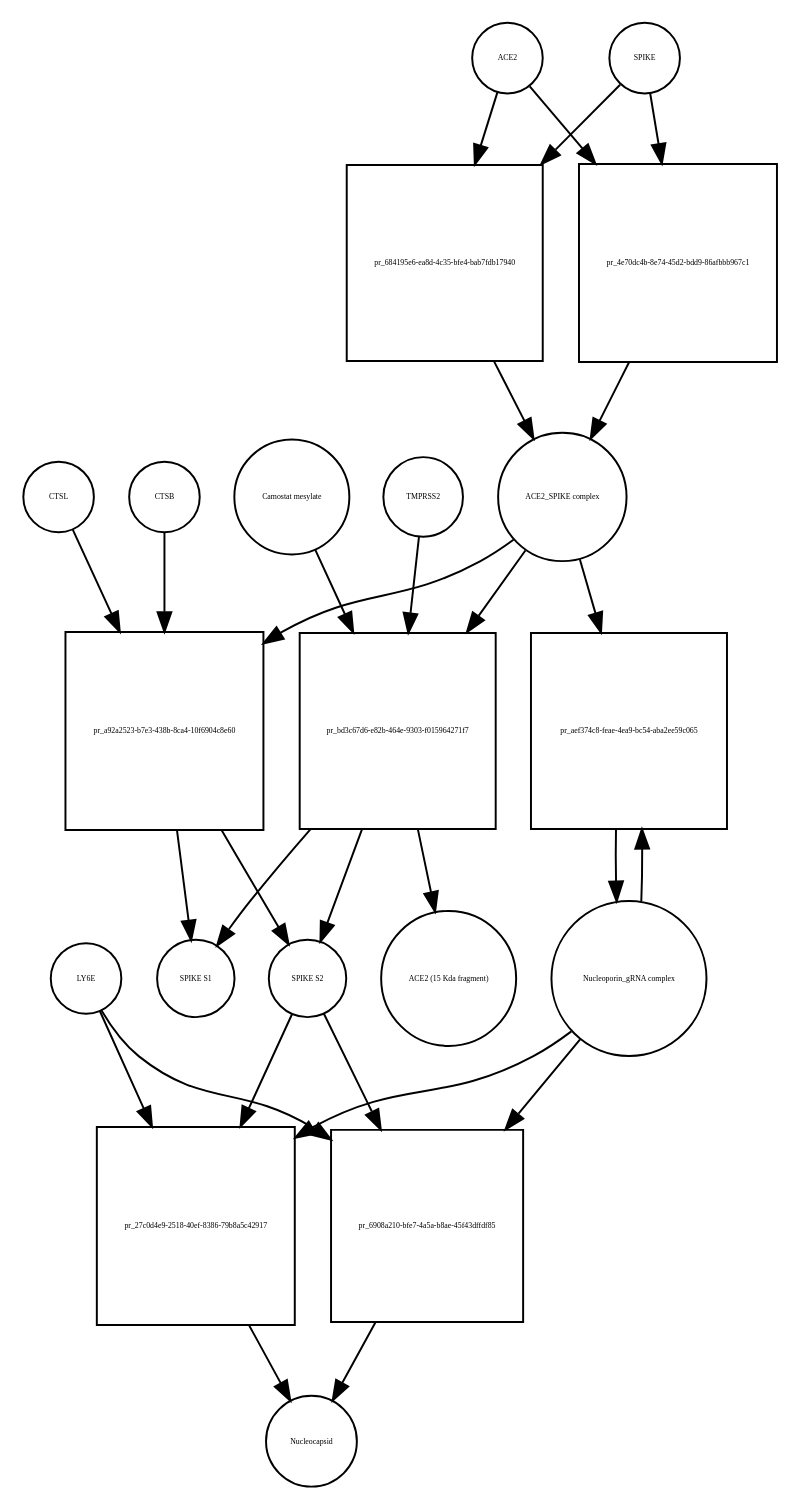
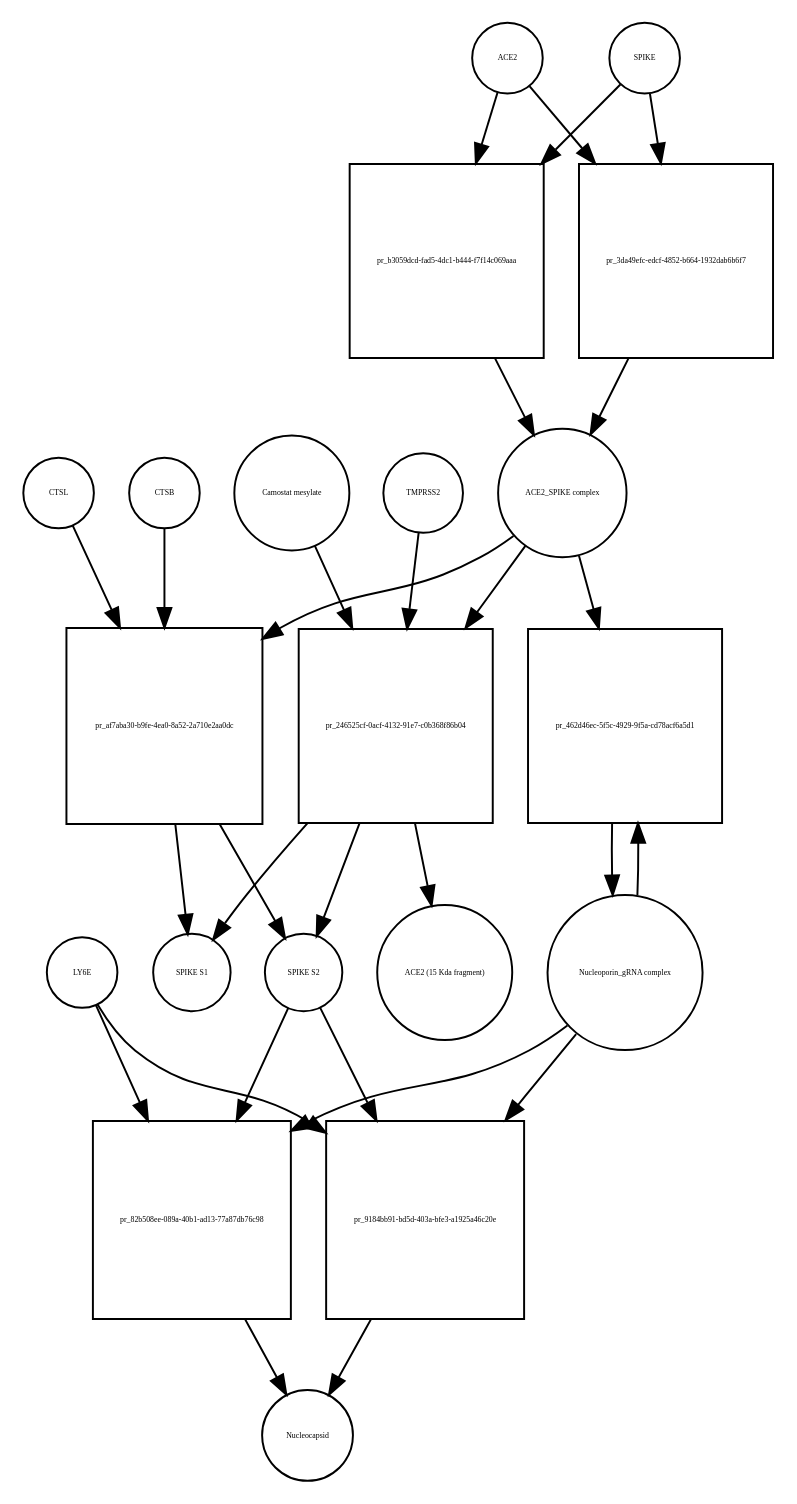
The diagram in Virus_replication_cycle_V01.xml_bipartite.dot (cannin/covid19-sbgn), drawn with Graphviz before and after one commit. The commit also changed 563 other files, not shown here.

```diff
--- a/Virus_replication_cycle_V01.xml_bipartite.dot
+++ b/Virus_replication_cycle_V01.xml_bipartite.dot
@@ -1,50 +1,50 @@
 strict digraph  {
 ACE2 [annotation="", bipartite=0, cls=macromolecule, fontsize=4, label=ACE2, shape=circle];
-"pr_684195e6-ea8d-4c35-bfe4-bab7fdb17940" [annotation="", bipartite=1, cls=process, fontsize=4, label="pr_684195e6-ea8d-4c35-bfe4-bab7fdb17940", shape=square];
+"pr_b3059dcd-fad5-4dc1-b444-f7f14c069aaa" [annotation="", bipartite=1, cls=process, fontsize=4, label="pr_b3059dcd-fad5-4dc1-b444-f7f14c069aaa", shape=square];
 "ACE2_SPIKE complex" [annotation="", bipartite=0, cls=complex, fontsize=4, label="ACE2_SPIKE complex", shape=circle];
 SPIKE [annotation="", bipartite=0, cls="macromolecule multimer", fontsize=4, label=SPIKE, shape=circle];
 "Nucleoporin_gRNA complex " [annotation="", bipartite=0, cls=complex, fontsize=4, label="Nucleoporin_gRNA complex ", shape=circle];
-"pr_aef374c8-feae-4ea9-bc54-aba2ee59c065" [annotation="", bipartite=1, cls=process, fontsize=4, label="pr_aef374c8-feae-4ea9-bc54-aba2ee59c065", shape=square];
-"pr_a92a2523-b7e3-438b-8ca4-10f6904c8e60" [annotation="", bipartite=1, cls=process, fontsize=4, label="pr_a92a2523-b7e3-438b-8ca4-10f6904c8e60", shape=square];
+"pr_462d46ec-5f5c-4929-9f5a-cd78acf6a5d1" [annotation="", bipartite=1, cls=process, fontsize=4, label="pr_462d46ec-5f5c-4929-9f5a-cd78acf6a5d1", shape=square];
+"pr_af7aba30-b9fe-4ea0-8a52-2a710e2aa0dc" [annotation="", bipartite=1, cls=process, fontsize=4, label="pr_af7aba30-b9fe-4ea0-8a52-2a710e2aa0dc", shape=square];
 "SPIKE S2" [annotation="", bipartite=0, cls=macromolecule, fontsize=4, label="SPIKE S2", shape=circle];
 CTSB [annotation="", bipartite=0, cls=macromolecule, fontsize=4, label=CTSB, shape=circle];
 CTSL [annotation="", bipartite=0, cls=macromolecule, fontsize=4, label=CTSL, shape=circle];
 "SPIKE S1" [annotation="", bipartite=0, cls=macromolecule, fontsize=4, label="SPIKE S1", shape=circle];
-"pr_27c0d4e9-2518-40ef-8386-79b8a5c42917" [annotation="", bipartite=1, cls=process, fontsize=4, label="pr_27c0d4e9-2518-40ef-8386-79b8a5c42917", shape=square];
+"pr_82b508ee-089a-40b1-ad13-77a87db76c98" [annotation="", bipartite=1, cls=process, fontsize=4, label="pr_82b508ee-089a-40b1-ad13-77a87db76c98", shape=square];
 Nucleocapsid [annotation="", bipartite=0, cls=complex, fontsize=4, label=Nucleocapsid, shape=circle];
 LY6E [annotation="", bipartite=0, cls=macromolecule, fontsize=4, label=LY6E, shape=circle];
-"pr_bd3c67d6-e82b-464e-9303-f015964271f7" [annotation="", bipartite=1, cls=process, fontsize=4, label="pr_bd3c67d6-e82b-464e-9303-f015964271f7", shape=square];
+"pr_246525cf-0acf-4132-91e7-c0b368f86b04" [annotation="", bipartite=1, cls=process, fontsize=4, label="pr_246525cf-0acf-4132-91e7-c0b368f86b04", shape=square];
 TMPRSS2 [annotation="", bipartite=0, cls=macromolecule, fontsize=4, label=TMPRSS2, shape=circle];
 "Camostat mesylate" [annotation="urn_miriam_pubchem.compound_2536", bipartite=0, cls="simple chemical", fontsize=4, label="Camostat mesylate", shape=circle];
 "ACE2 (15 Kda fragment)" [annotation="", bipartite=0, cls=macromolecule, fontsize=4, label="ACE2 (15 Kda fragment)", shape=circle];
-"pr_4e70dc4b-8e74-45d2-bdd9-86afbbb967c1" [annotation="", bipartite=1, cls=process, fontsize=4, label="pr_4e70dc4b-8e74-45d2-bdd9-86afbbb967c1", shape=square];
-"pr_6908a210-bfe7-4a5a-b8ae-45f43dffdf85" [annotation="", bipartite=1, cls=process, fontsize=4, label="pr_6908a210-bfe7-4a5a-b8ae-45f43dffdf85", shape=square];
-ACE2 -> "pr_684195e6-ea8d-4c35-bfe4-bab7fdb17940"  [annotation="", interaction_type=consumption];
-ACE2 -> "pr_4e70dc4b-8e74-45d2-bdd9-86afbbb967c1"  [annotation="", interaction_type=consumption];
-"pr_684195e6-ea8d-4c35-bfe4-bab7fdb17940" -> "ACE2_SPIKE complex"  [annotation="", interaction_type=production];
-"ACE2_SPIKE complex" -> "pr_aef374c8-feae-4ea9-bc54-aba2ee59c065"  [annotation="urn_miriam_pubmed_32142651|urn_miriam_pubmed_32094589", interaction_type=stimulation];
-"ACE2_SPIKE complex" -> "pr_a92a2523-b7e3-438b-8ca4-10f6904c8e60"  [annotation="", interaction_type=consumption];
-"ACE2_SPIKE complex" -> "pr_bd3c67d6-e82b-464e-9303-f015964271f7"  [annotation="", interaction_type=consumption];
-SPIKE -> "pr_684195e6-ea8d-4c35-bfe4-bab7fdb17940"  [annotation="", interaction_type=consumption];
-SPIKE -> "pr_4e70dc4b-8e74-45d2-bdd9-86afbbb967c1"  [annotation="", interaction_type=consumption];
-"Nucleoporin_gRNA complex " -> "pr_aef374c8-feae-4ea9-bc54-aba2ee59c065"  [annotation="", interaction_type=consumption];
-"Nucleoporin_gRNA complex " -> "pr_27c0d4e9-2518-40ef-8386-79b8a5c42917"  [annotation="", interaction_type=consumption];
-"Nucleoporin_gRNA complex " -> "pr_6908a210-bfe7-4a5a-b8ae-45f43dffdf85"  [annotation="", interaction_type=consumption];
-"pr_aef374c8-feae-4ea9-bc54-aba2ee59c065" -> "Nucleoporin_gRNA complex "  [annotation="", interaction_type=production];
-"pr_a92a2523-b7e3-438b-8ca4-10f6904c8e60" -> "SPIKE S2"  [annotation="", interaction_type=production];
-"pr_a92a2523-b7e3-438b-8ca4-10f6904c8e60" -> "SPIKE S1"  [annotation="", interaction_type=production];
-"SPIKE S2" -> "pr_27c0d4e9-2518-40ef-8386-79b8a5c42917"  [annotation="urn_miriam_doi_10.1101%2F2020.03.05.979260|urn_miriam_pubmed_32142651|urn_miriam_pubmed_32094589", interaction_type=stimulation];
-"SPIKE S2" -> "pr_6908a210-bfe7-4a5a-b8ae-45f43dffdf85"  [annotation="urn_miriam_doi_10.1101%2F2020.03.05.979260", interaction_type=stimulation];
-CTSB -> "pr_a92a2523-b7e3-438b-8ca4-10f6904c8e60"  [annotation=urn_miriam_pubmed_32142651, interaction_type=catalysis];
-CTSL -> "pr_a92a2523-b7e3-438b-8ca4-10f6904c8e60"  [annotation=urn_miriam_pubmed_32142651, interaction_type=catalysis];
-"pr_27c0d4e9-2518-40ef-8386-79b8a5c42917" -> Nucleocapsid  [annotation="", interaction_type=production];
-LY6E -> "pr_27c0d4e9-2518-40ef-8386-79b8a5c42917"  [annotation="urn_miriam_doi_10.1101%2F2020.03.05.979260|urn_miriam_pubmed_32142651|urn_miriam_pubmed_32094589", interaction_type=inhibition];
-LY6E -> "pr_6908a210-bfe7-4a5a-b8ae-45f43dffdf85"  [annotation="urn_miriam_doi_10.1101%2F2020.03.05.979260", interaction_type=inhibition];
-"pr_bd3c67d6-e82b-464e-9303-f015964271f7" -> "SPIKE S2"  [annotation="", interaction_type=production];
-"pr_bd3c67d6-e82b-464e-9303-f015964271f7" -> "SPIKE S1"  [annotation="", interaction_type=production];
-"pr_bd3c67d6-e82b-464e-9303-f015964271f7" -> "ACE2 (15 Kda fragment)"  [annotation="", interaction_type=production];
-TMPRSS2 -> "pr_bd3c67d6-e82b-464e-9303-f015964271f7"  [annotation="urn_miriam_pubmed_32142651|urn_miriam_pubmed_32094589|urn_miriam_pubmed_24227843", interaction_type=catalysis];
-"Camostat mesylate" -> "pr_bd3c67d6-e82b-464e-9303-f015964271f7"  [annotation="urn_miriam_pubmed_32142651|urn_miriam_pubmed_32094589|urn_miriam_pubmed_24227843", interaction_type=inhibition];
-"pr_4e70dc4b-8e74-45d2-bdd9-86afbbb967c1" -> "ACE2_SPIKE complex"  [annotation="", interaction_type=production];
-"pr_6908a210-bfe7-4a5a-b8ae-45f43dffdf85" -> Nucleocapsid  [annotation="", interaction_type=production];
+"pr_3da49efc-edcf-4852-b664-1932dab6b6f7" [annotation="", bipartite=1, cls=process, fontsize=4, label="pr_3da49efc-edcf-4852-b664-1932dab6b6f7", shape=square];
+"pr_9184bb91-bd5d-403a-bfe3-a1925a46c20e" [annotation="", bipartite=1, cls=process, fontsize=4, label="pr_9184bb91-bd5d-403a-bfe3-a1925a46c20e", shape=square];
+ACE2 -> "pr_b3059dcd-fad5-4dc1-b444-f7f14c069aaa"  [annotation="", interaction_type=consumption];
+ACE2 -> "pr_3da49efc-edcf-4852-b664-1932dab6b6f7"  [annotation="", interaction_type=consumption];
+"pr_b3059dcd-fad5-4dc1-b444-f7f14c069aaa" -> "ACE2_SPIKE complex"  [annotation="", interaction_type=production];
+"ACE2_SPIKE complex" -> "pr_462d46ec-5f5c-4929-9f5a-cd78acf6a5d1"  [annotation="urn_miriam_pubmed_32142651|urn_miriam_pubmed_32094589", interaction_type=stimulation];
+"ACE2_SPIKE complex" -> "pr_af7aba30-b9fe-4ea0-8a52-2a710e2aa0dc"  [annotation="", interaction_type=consumption];
+"ACE2_SPIKE complex" -> "pr_246525cf-0acf-4132-91e7-c0b368f86b04"  [annotation="", interaction_type=consumption];
+SPIKE -> "pr_b3059dcd-fad5-4dc1-b444-f7f14c069aaa"  [annotation="", interaction_type=consumption];
+SPIKE -> "pr_3da49efc-edcf-4852-b664-1932dab6b6f7"  [annotation="", interaction_type=consumption];
+"Nucleoporin_gRNA complex " -> "pr_462d46ec-5f5c-4929-9f5a-cd78acf6a5d1"  [annotation="", interaction_type=consumption];
+"Nucleoporin_gRNA complex " -> "pr_82b508ee-089a-40b1-ad13-77a87db76c98"  [annotation="", interaction_type=consumption];
+"Nucleoporin_gRNA complex " -> "pr_9184bb91-bd5d-403a-bfe3-a1925a46c20e"  [annotation="", interaction_type=consumption];
+"pr_462d46ec-5f5c-4929-9f5a-cd78acf6a5d1" -> "Nucleoporin_gRNA complex "  [annotation="", interaction_type=production];
+"pr_af7aba30-b9fe-4ea0-8a52-2a710e2aa0dc" -> "SPIKE S2"  [annotation="", interaction_type=production];
+"pr_af7aba30-b9fe-4ea0-8a52-2a710e2aa0dc" -> "SPIKE S1"  [annotation="", interaction_type=production];
+"SPIKE S2" -> "pr_82b508ee-089a-40b1-ad13-77a87db76c98"  [annotation="urn_miriam_doi_10.1101%2F2020.03.05.979260|urn_miriam_pubmed_32142651|urn_miriam_pubmed_32094589", interaction_type=stimulation];
+"SPIKE S2" -> "pr_9184bb91-bd5d-403a-bfe3-a1925a46c20e"  [annotation="urn_miriam_doi_10.1101%2F2020.03.05.979260", interaction_type=stimulation];
+CTSB -> "pr_af7aba30-b9fe-4ea0-8a52-2a710e2aa0dc"  [annotation=urn_miriam_pubmed_32142651, interaction_type=catalysis];
+CTSL -> "pr_af7aba30-b9fe-4ea0-8a52-2a710e2aa0dc"  [annotation=urn_miriam_pubmed_32142651, interaction_type=catalysis];
+"pr_82b508ee-089a-40b1-ad13-77a87db76c98" -> Nucleocapsid  [annotation="", interaction_type=production];
+LY6E -> "pr_82b508ee-089a-40b1-ad13-77a87db76c98"  [annotation="urn_miriam_doi_10.1101%2F2020.03.05.979260|urn_miriam_pubmed_32142651|urn_miriam_pubmed_32094589", interaction_type=inhibition];
+LY6E -> "pr_9184bb91-bd5d-403a-bfe3-a1925a46c20e"  [annotation="urn_miriam_doi_10.1101%2F2020.03.05.979260", interaction_type=inhibition];
+"pr_246525cf-0acf-4132-91e7-c0b368f86b04" -> "SPIKE S2"  [annotation="", interaction_type=production];
+"pr_246525cf-0acf-4132-91e7-c0b368f86b04" -> "SPIKE S1"  [annotation="", interaction_type=production];
+"pr_246525cf-0acf-4132-91e7-c0b368f86b04" -> "ACE2 (15 Kda fragment)"  [annotation="", interaction_type=production];
+TMPRSS2 -> "pr_246525cf-0acf-4132-91e7-c0b368f86b04"  [annotation="urn_miriam_pubmed_32142651|urn_miriam_pubmed_32094589|urn_miriam_pubmed_24227843", interaction_type=catalysis];
+"Camostat mesylate" -> "pr_246525cf-0acf-4132-91e7-c0b368f86b04"  [annotation="urn_miriam_pubmed_32142651|urn_miriam_pubmed_32094589|urn_miriam_pubmed_24227843", interaction_type=inhibition];
+"pr_3da49efc-edcf-4852-b664-1932dab6b6f7" -> "ACE2_SPIKE complex"  [annotation="", interaction_type=production];
+"pr_9184bb91-bd5d-403a-bfe3-a1925a46c20e" -> Nucleocapsid  [annotation="", interaction_type=production];
 }
```
